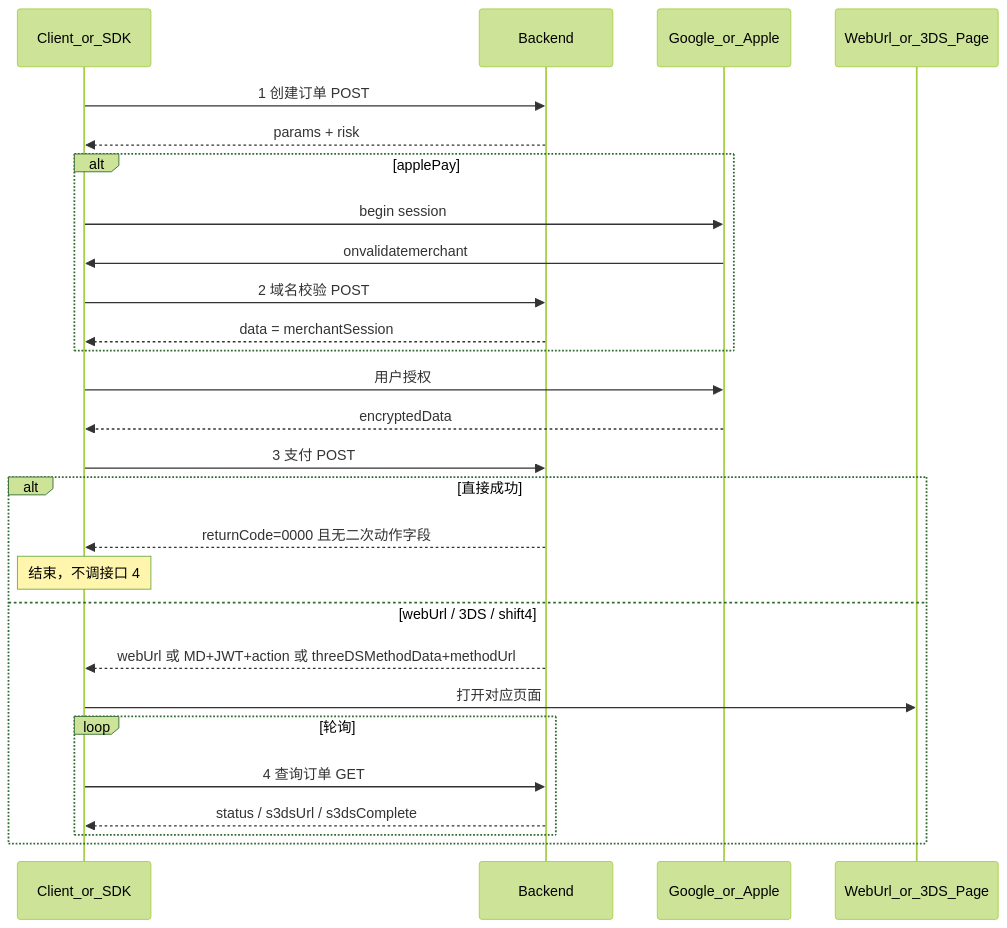
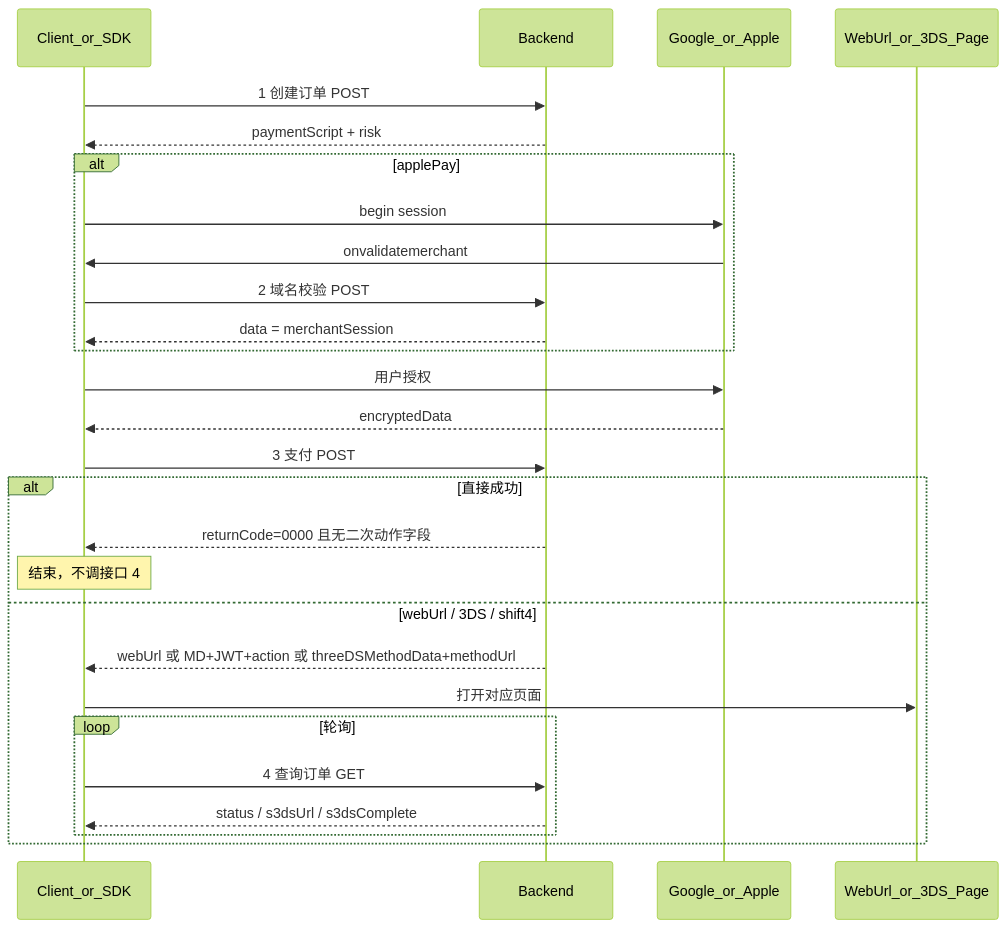
One commit to laibaduoji/pay-sdk-mvp changed the diagram in docs/pay-api/README.md. Above: the diagram before and after it, drawn with Mermaid (forest theme). The commit also changed other lines of this file and 18 other files, not shown here.

First line of the commit message:
Align create-order with Apifox: S2S request and orderNo/paymentScript.

````diff
--- a/docs/pay-api/README.md
+++ b/docs/pay-api/README.md
@@ -48,30 +48,30 @@
 ```mermaid
 sequenceDiagram
   participant M as Client_or_SDK
   participant API as Backend
   participant Wallet as Google_or_Apple
   participant Page as WebUrl_or_3DS_Page
 
   M->>API: 1 创建订单 POST
-  API-->>M: params + risk
+  API-->>M: paymentScript + risk
   alt applePay
     M->>Wallet: begin session
     Wallet->>M: onvalidatemerchant
     M->>API: 2 域名校验 POST
     API-->>M: data = merchantSession
   end
   M->>Wallet: 用户授权
   Wallet-->>M: encryptedData
   M->>API: 3 支付 POST
   alt 直接成功
     API-->>M: returnCode=0000 且无二次动作字段
     Note over M: 结束，不调接口 4
   else webUrl / 3DS / shift4
     API-->>M: webUrl 或 MD+JWT+action 或 threeDSMethodData+methodUrl
     M->>Page: 打开对应页面
     loop 轮询
       M->>API: 4 查询订单 GET
       API-->>M: status / s3dsUrl / s3dsComplete
     end
   end
 ```
````
